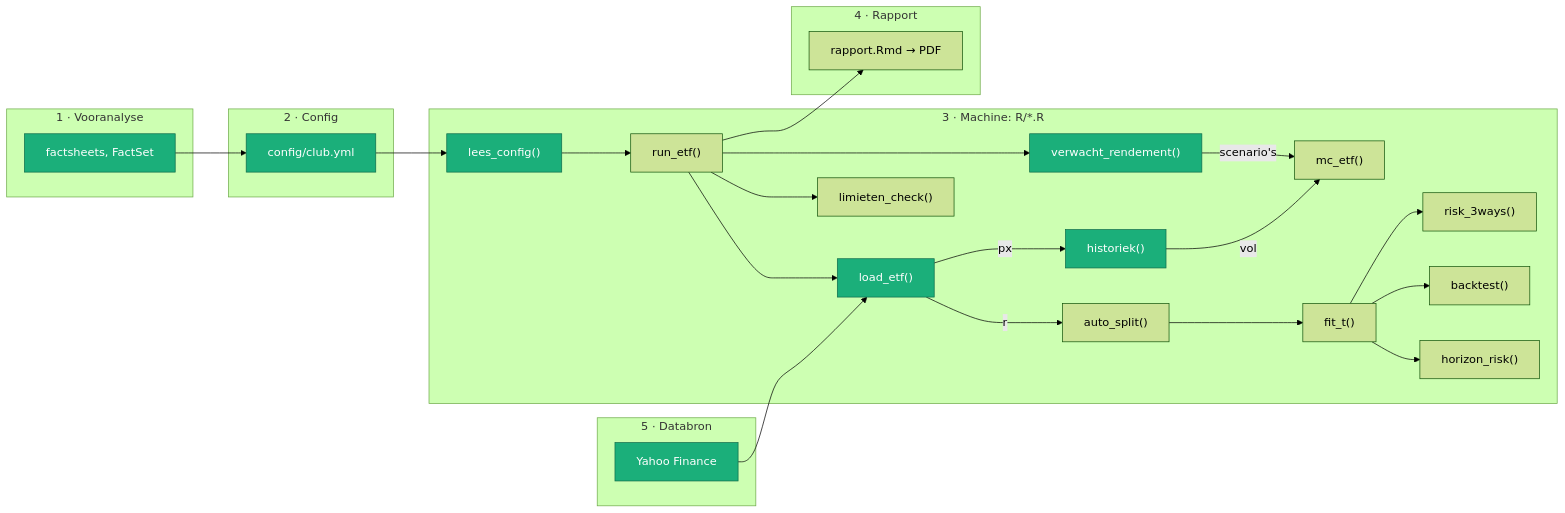
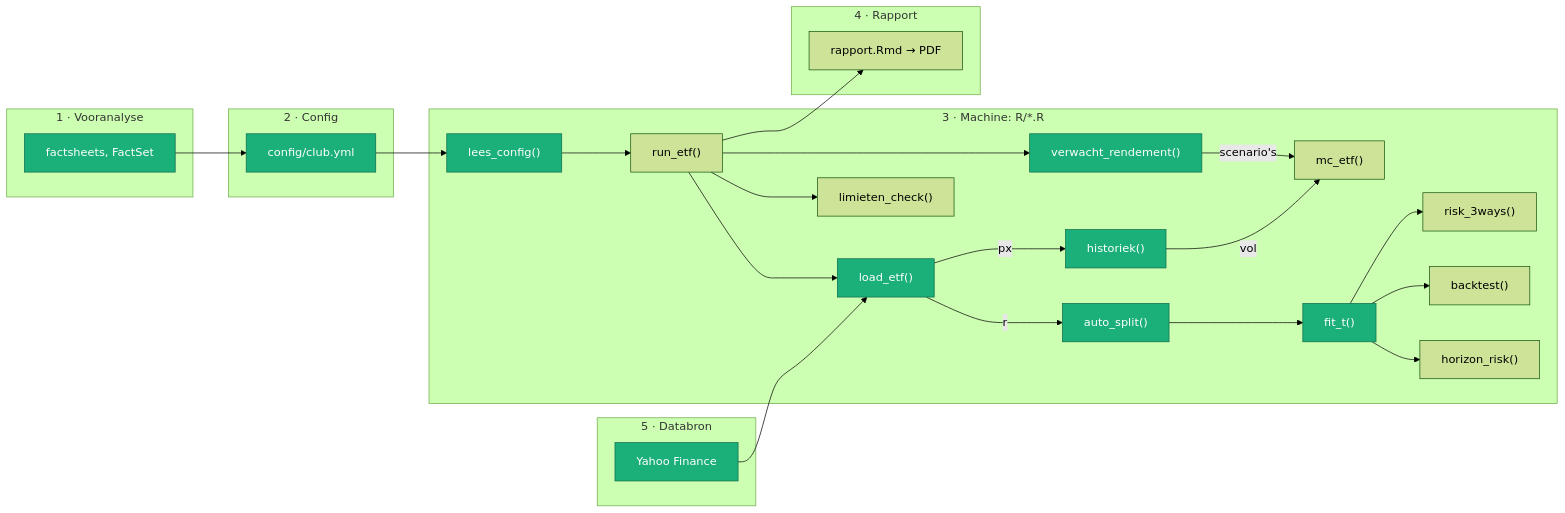
One commit to batistedecat/etf-model-1 changed the diagram in README.md. Above: the diagram before and after it, drawn with Mermaid (forest theme). The commit also changed 1 other file, not shown here.

Commit message:
feature: risicomodel

````diff
--- a/README.md
+++ b/README.md
@@ -6,43 +6,43 @@
 ```mermaid
 flowchart LR
   subgraph A["1 · Vooranalyse"]
     S["factsheets, FactSet"]
   end
   subgraph B["2 · Config"]
     Y["config/club.yml"]
   end
   subgraph C["3 · Machine: R/*.R"]
     LC["lees_config()"]
     RE["run_etf()"]
     LE["load_etf()"]
     HI["historiek()"]
     VR["verwacht_rendement()"]
     MC["mc_etf()"]
     AS["auto_split()"]
     FT["fit_t()"]
     RK["risk_3ways()"]
     BT["backtest()"]
     HR["horizon_risk()"]
     LM["limieten_check()"]
   end
   subgraph D["4 · Rapport"]
     RP["rapport.Rmd → PDF"]
   end
   subgraph E["5 · Databron"]
     YH["Yahoo Finance"]
   end
   S --> Y --> LC --> RE
   RE --> LE
   LE -->|px| HI
   YH --> LE
   RE --> VR -->|scenario's| MC
   HI -->|vol| MC
   LE -->|r| AS --> FT
   FT --> RK
   FT --> BT
   FT --> HR
   RE --> LM
   RE --> RP
   classDef klaar fill:#1BAF7A,color:#fff,stroke:#0d6b4a
-    class LC,LE,YH,Y,S,HI,VR klaar
+    class LC,LE,YH,Y,S,HI,VR,AS,FT klaar
 ```
````
